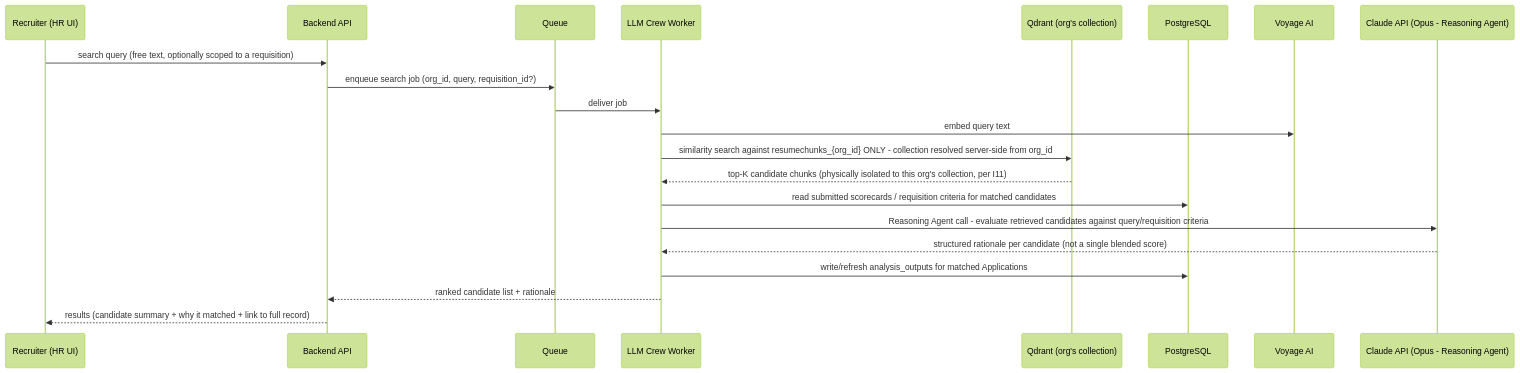
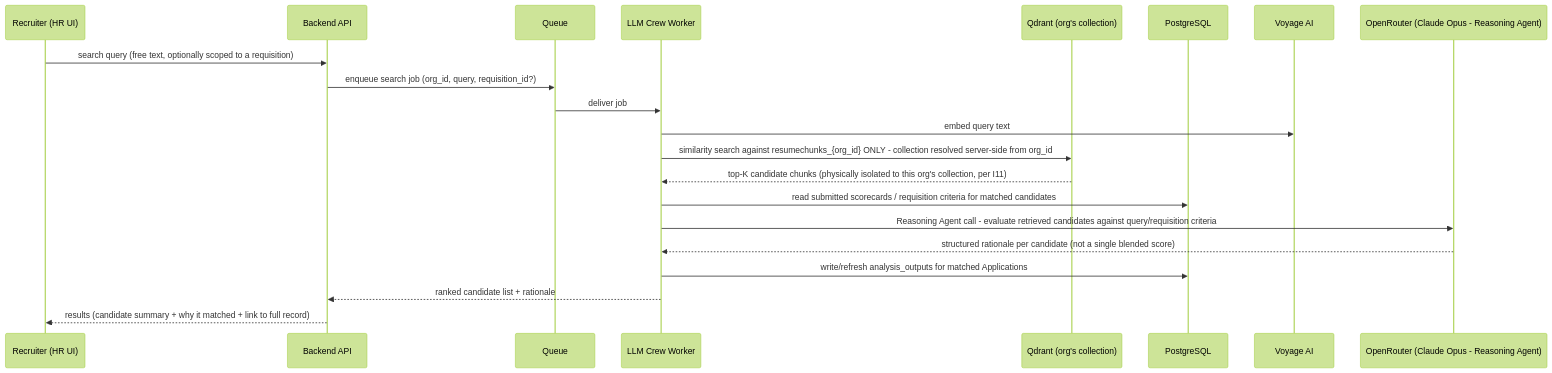
The third of 5 diagrams in docs/06-architecture.md (theharshchandrakar/virtual_hire), drawn with Mermaid (forest theme) before and after one commit. The commit also changed other lines of this file and 15 other files, not shown here.

````diff
--- a/docs/06-architecture.md
+++ b/docs/06-architecture.md
@@ -143,24 +173,24 @@
 ```mermaid
 sequenceDiagram
     participant HR as Recruiter (HR UI)
     participant API as Backend API
     participant Q as Queue
     participant Crew as LLM Crew Worker
     participant VDB as Qdrant (org's collection)
     participant DB as PostgreSQL
     participant Vy as Voyage AI
-    participant LLM as Claude API (Opus - Reasoning Agent)
+    participant LLM as OpenRouter (Claude Opus - Reasoning Agent)
 
     HR->>API: search query (free text, optionally scoped to a requisition)
     API->>Q: enqueue search job (org_id, query, requisition_id?)
     Q->>Crew: deliver job
     Crew->>Vy: embed query text
     Crew->>VDB: similarity search against resumechunks_{org_id} ONLY - collection resolved server-side from org_id
     VDB-->>Crew: top-K candidate chunks (physically isolated to this org's collection, per I11)
     Crew->>DB: read submitted scorecards / requisition criteria for matched candidates
     Crew->>LLM: Reasoning Agent call - evaluate retrieved candidates against query/requisition criteria
     LLM-->>Crew: structured rationale per candidate (not a single blended score)
     Crew->>DB: write/refresh analysis_outputs for matched Applications
     Crew-->>API: ranked candidate list + rationale
     API-->>HR: results (candidate summary + why it matched + link to full record)
 ```
````
